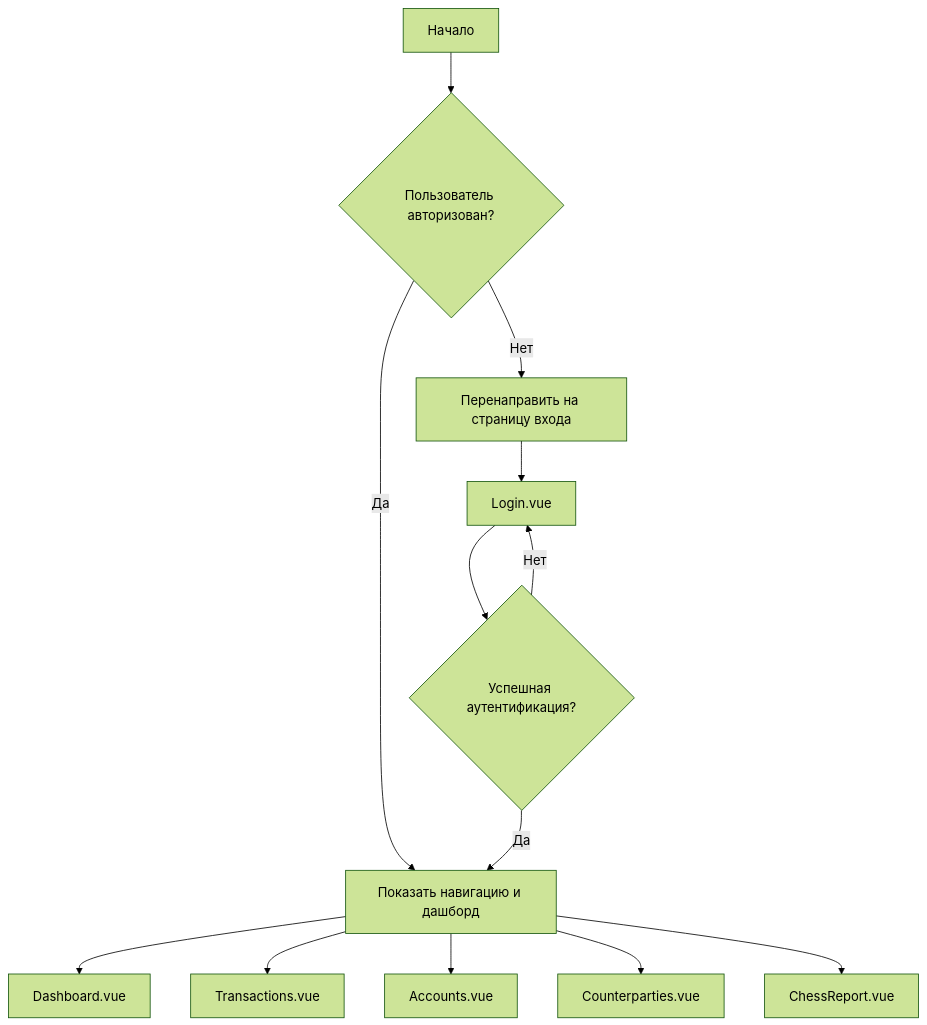
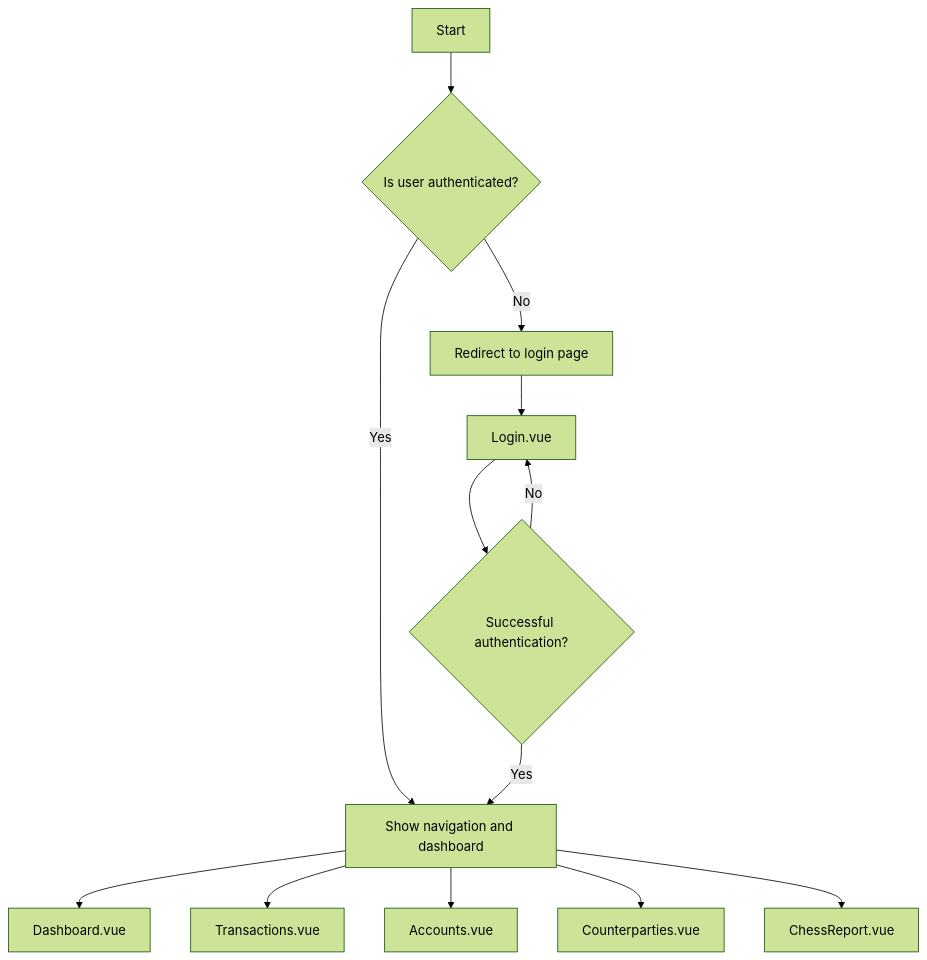
The third of 4 diagrams in ARCHITECTURE_DIAGRAM.md (Stiff-uc/accountant-assistant), drawn with Mermaid (forest theme) before and after one commit. The commit also changed other lines of this file, not shown here.

````diff
--- a/ARCHITECTURE_DIAGRAM.md
+++ b/ARCHITECTURE_DIAGRAM.md
@@ -96,17 +96,17 @@
 ```mermaid
 graph TD
-    A[Начало] --> B{Пользователь авторизован?}
-    B -->|Да| C[Показать навигацию и дашборд]
-    B -->|Нет| D[Перенаправить на страницу входа]
+    A[Start] --> B{Is user authenticated?}
+    B -->|Yes| C[Show navigation and dashboard]
+    B -->|No| D[Redirect to login page]
     
     C --> E[Dashboard.vue]
     C --> F[Transactions.vue]
     C --> G[Accounts.vue]
     C --> H[Counterparties.vue]
     C --> I[ChessReport.vue]
     
     D --> J[Login.vue]
-    J --> K{Успешная аутентификация?}
-    K -->|Да| C
-    K -->|Нет| J
+    J --> K{Successful authentication?}
+    K -->|Yes| C
+    K -->|No| J
 ```
````
